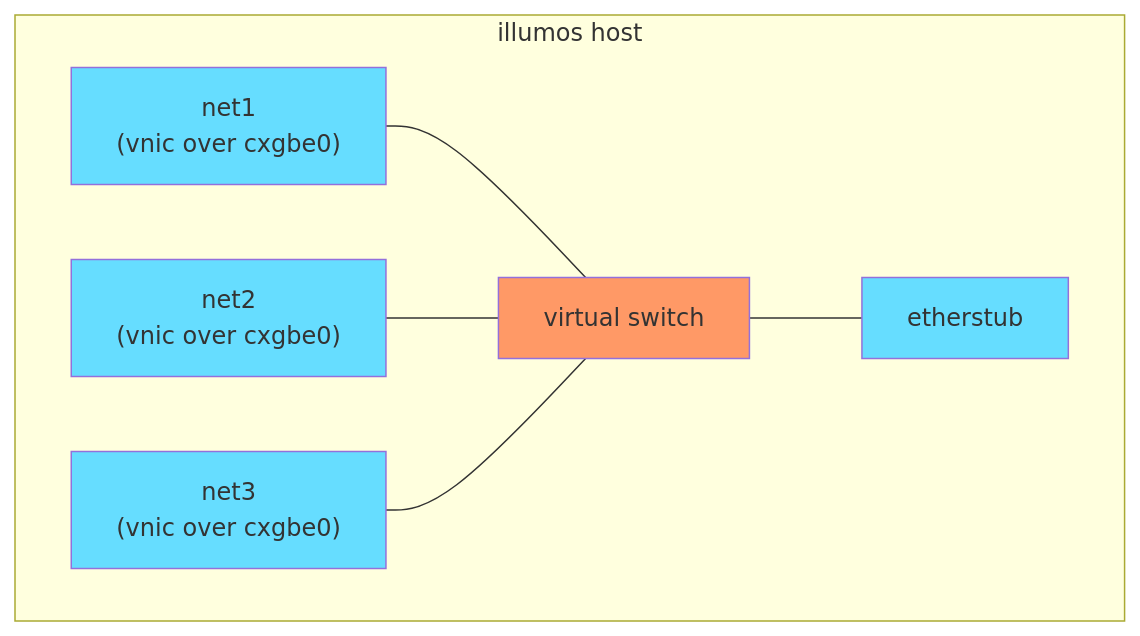
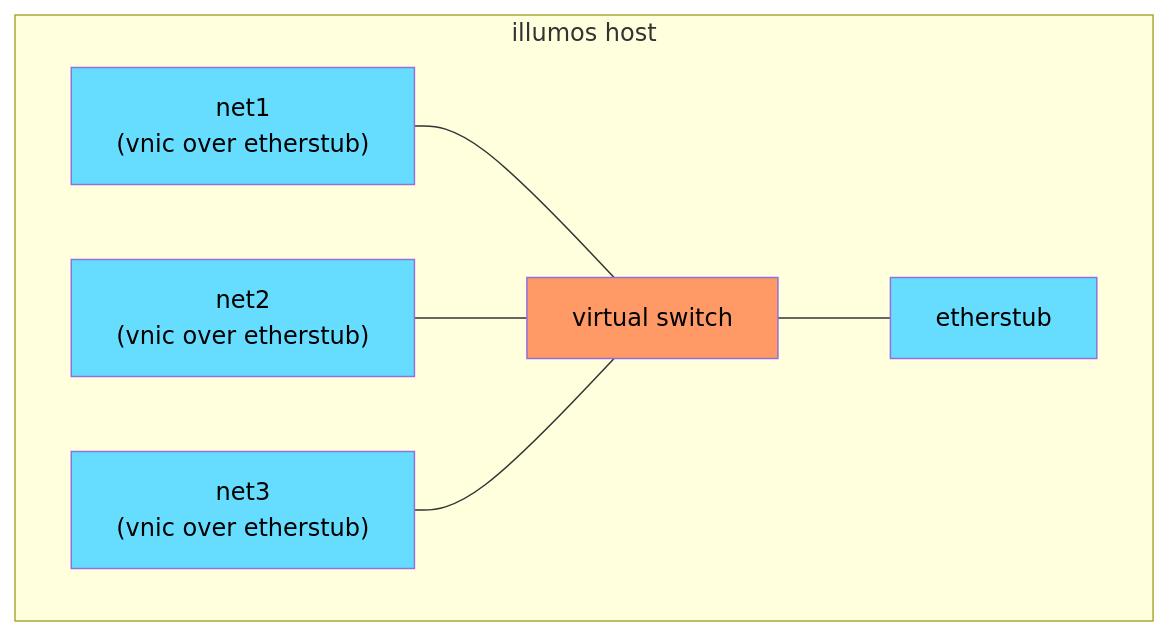
Before and after one commit to oxidecomputer/omicron: the third of 5 diagrams in docs/networking.adoc, drawn with Mermaid. The commit also changed other lines of this file, not shown here.

First line of the commit message:
Readability, and etherstub scope

````diff
--- a/docs/networking.adoc
+++ b/docs/networking.adoc
@@ -147,26 +149,26 @@
 ```mermaid
 graph TD
     subgraph "illumos host"
         vnic1 --- vswitch1
         vnic2 --- vswitch1
         vnic3 --- vswitch1
         vswitch1 --- etherstub
     end
 
     %% Labels are defined as needed at the end here to avoid changing the layout.
-    vnic1["net1\n(vnic over cxgbe0)"]
-    vnic2["net2\n(vnic over cxgbe0)"]
-    vnic3["net3\n(vnic over cxgbe0)"]
-    vswitch1["virtual switch"]
-    etherstub["etherstub\n"]
+    vnic1["<font color="0">net1\n(vnic over etherstub)"]
+    vnic2["<font color="0">net2\n(vnic over etherstub)"]
+    vnic3["<font color="0">net3\n(vnic over etherstub)"]
+    vswitch1["<font color="0">virtual switch"]
+    etherstub["<font color="0">etherstub\n"]
 
     classDef switch fill:#f96
     class vswitch1 switch
     class switch switch
 
     classDef datalink fill:#6df
     class vnic1 datalink
     class vnic2 datalink
     class vnic3 datalink
     class etherstub datalink
 ```
````
